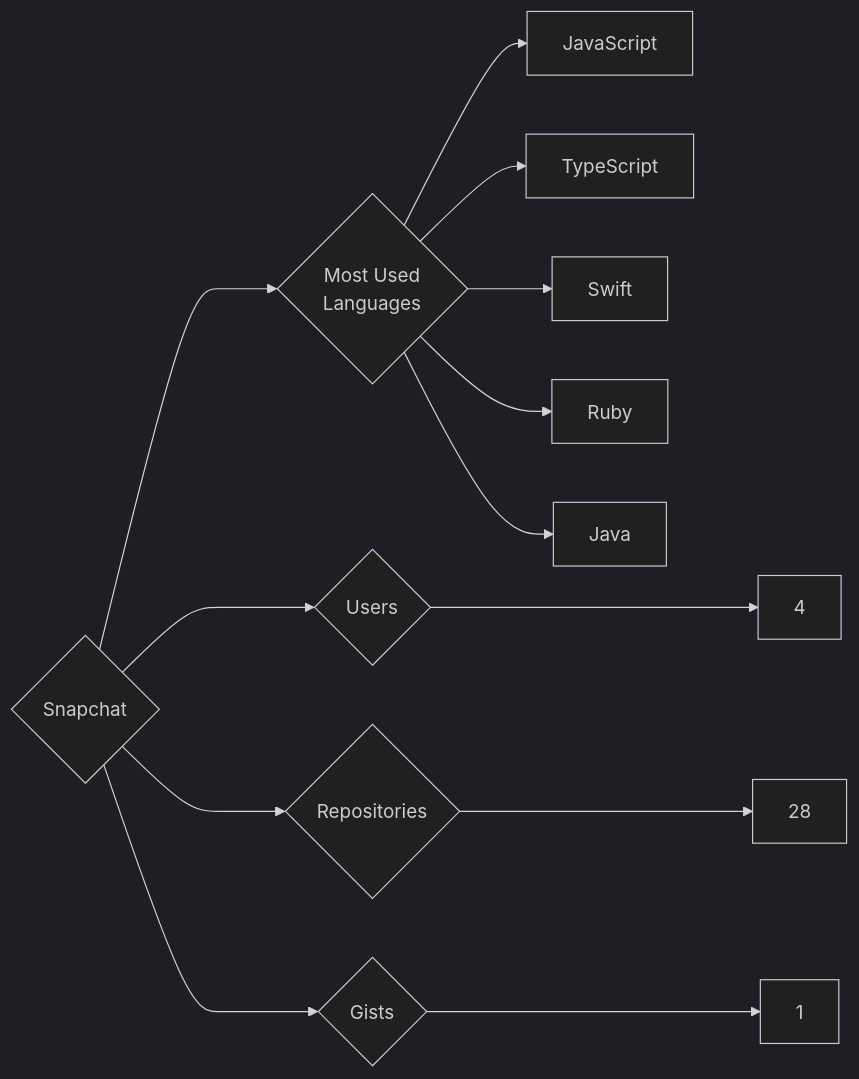
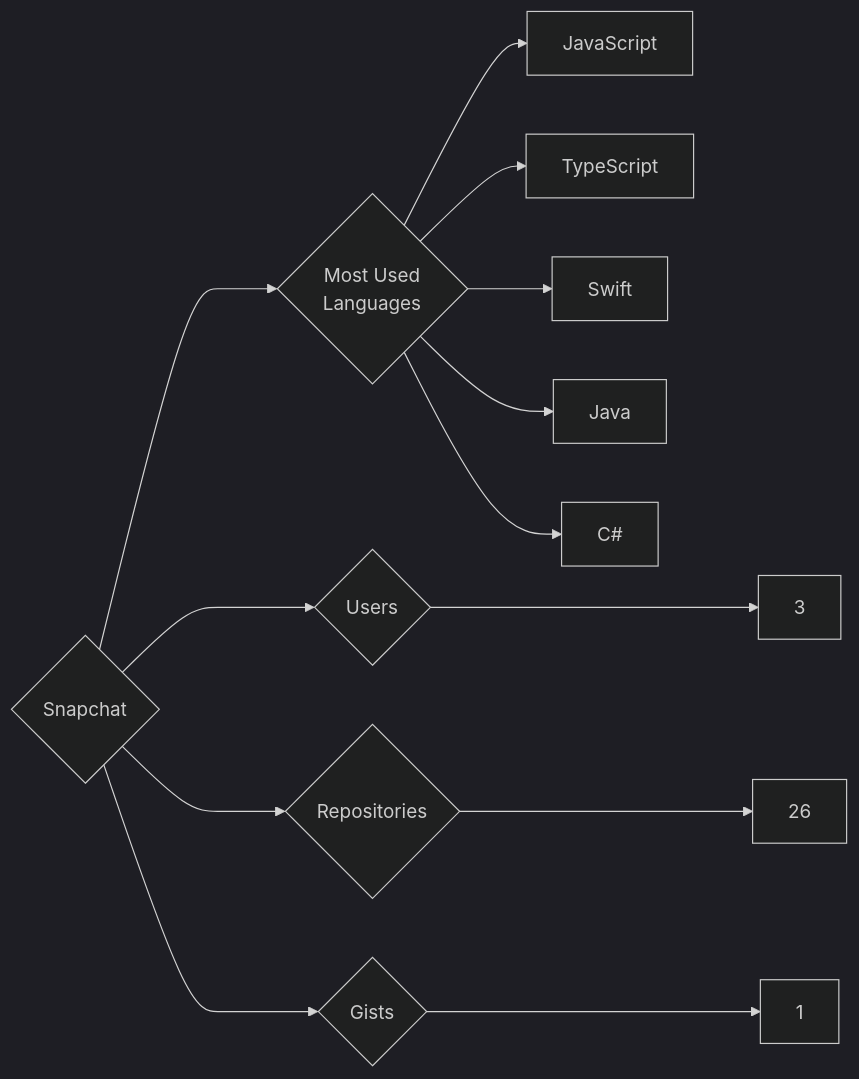
The diagram in targets/Snapchat/README.md (trickest/insiders), drawn with Mermaid (dark theme) before and after one commit. The commit also changed 677 other files, not shown here.

````diff
--- a/targets/Snapchat/README.md
+++ b/targets/Snapchat/README.md
@@ -3,13 +3,13 @@
 ```mermaid
 graph LR
 COMPANY_NAME{Snapchat}
-COMPANY_NAME ---> U{Users} ---> UN[4]
-COMPANY_NAME ---> R{Repositories} ---> RN[28]
+COMPANY_NAME ---> U{Users} ---> UN[3]
+COMPANY_NAME ---> R{Repositories} ---> RN[26]
 COMPANY_NAME ---> G{Gists} ---> GN[1]
 COMPANY_NAME ---> ML{Most Used<br>Languages}
 ML --> JavaScript[JavaScript]
 ML --> TypeScript[TypeScript]
 ML --> Swift[Swift]
-ML --> Ruby[Ruby]
 ML --> Java[Java]
+ML --> C#[C#]
 ```
````
